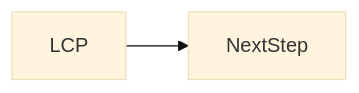
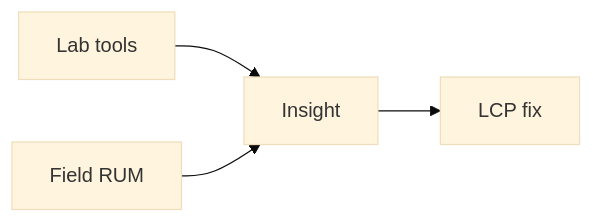
One commit to OmidJavaherii/Frontend-Engineering-Handbook changed the second of 2 diagrams in docs/en/13-performance/lcp/index.md. Above: the diagram before and after it, drawn with Mermaid (base theme). The commit also changed other lines of this file and 461 other files, not shown here.

````diff
--- a/docs/en/13-performance/lcp/index.md
+++ b/docs/en/13-performance/lcp/index.md
@@ -95,4 +112,6 @@
 ```mermaid
 flowchart LR
-  concept[LCP] --> nextStep[NextStep]
+  Lab[Lab tools] --> Insight
+  RUM[Field RUM] --> Insight
+  Insight --> Fix[LCP fix]
 ```
````
